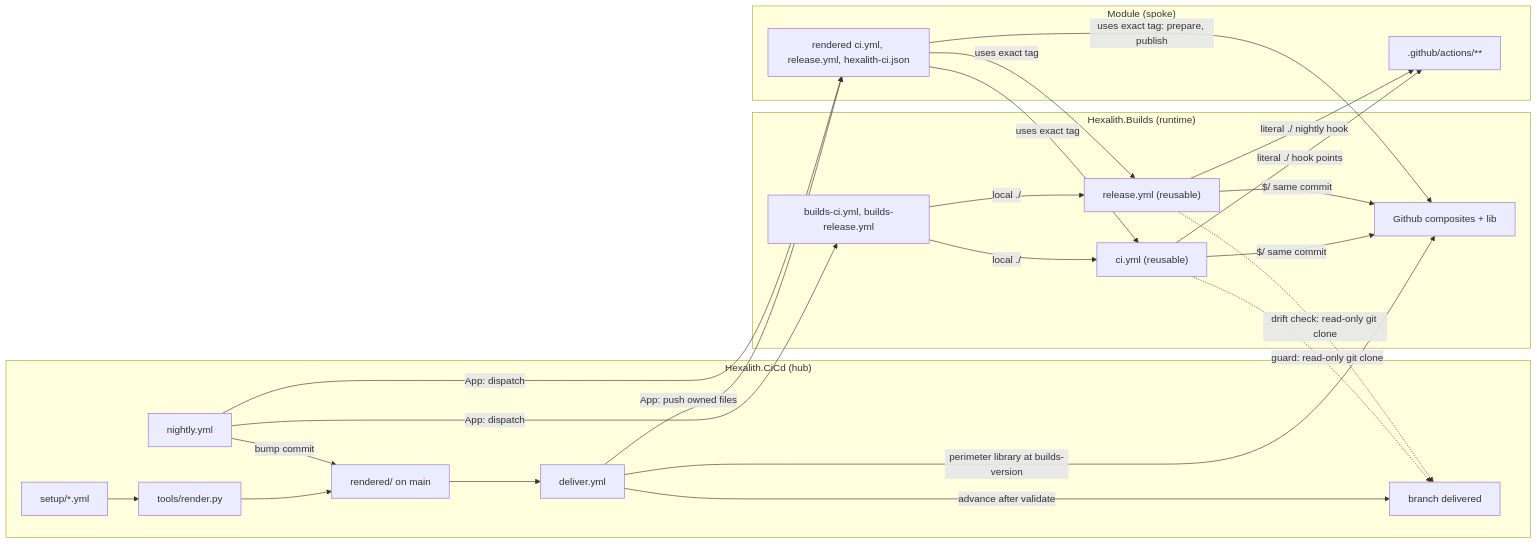
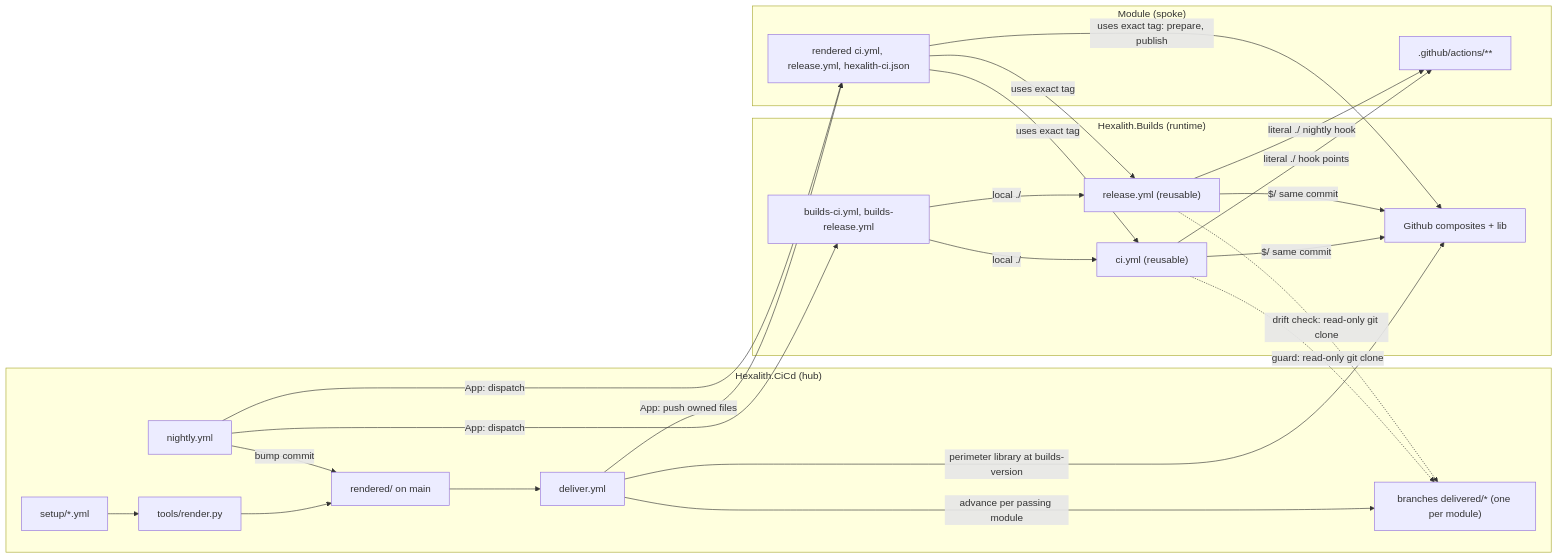
Before and after one commit to Hexalith/Hexalith.CiCd: the first of 3 diagrams in _bmad-output/planning-artifacts/architecture/architecture-cicd-2026-11-07/ARCHITECTURE-SPINE.md, drawn with Mermaid. The commit also changed other lines of this file and 5 other files, not shown here.

````diff
--- a/_bmad-output/planning-artifacts/architecture/architecture-cicd-2026-11-07/ARCHITECTURE-SPINE.md
+++ b/_bmad-output/planning-artifacts/architecture/architecture-cicd-2026-11-07/ARCHITECTURE-SPINE.md
@@ -66,37 +44,37 @@
 ```mermaid
 flowchart LR
   subgraph CICD["Hexalith.CiCd (hub)"]
     SETUP["setup/*.yml"] --> RENDER["tools/render.py"] --> RENDERED["rendered/ on main"]
     DELIVER["deliver.yml"]
-    DELIVERED["branch delivered"]
+    DELIVERED["branches delivered/* (one per module)"]
     NIGHTLY["nightly.yml"]
   end
   subgraph BUILDS["Hexalith.Builds (runtime)"]
     BCI["ci.yml (reusable)"]
     BREL["release.yml (reusable)"]
     COMP["Github composites + lib"]
     BOWN["builds-ci.yml, builds-release.yml"]
   end
   subgraph MOD["Module (spoke)"]
     CALLER["rendered ci.yml, release.yml, hexalith-ci.json"]
     ACT[".github/actions/**"]
   end
   RENDERED --> DELIVER
-  DELIVER -- "advance after validate" --> DELIVERED
+  DELIVER -- "advance per passing module" --> DELIVERED
   DELIVER -- "App: push owned files" --> CALLER
   DELIVER -- "perimeter library at builds-version" --> COMP
   NIGHTLY -- "App: dispatch" --> CALLER
   NIGHTLY -- "App: dispatch" --> BOWN
   NIGHTLY -- "bump commit" --> RENDERED
   CALLER -- "uses exact tag" --> BCI
   CALLER -- "uses exact tag" --> BREL
   CALLER -- "uses exact tag: prepare, publish" --> COMP
   BOWN -- "local ./" --> BCI
   BOWN -- "local ./" --> BREL
   BCI -- "$/ same commit" --> COMP
   BREL -- "$/ same commit" --> COMP
   BCI -- "literal ./ hook points" --> ACT
   BREL -- "literal ./ nightly hook" --> ACT
   BCI -. "guard: read-only git clone" .-> DELIVERED
   BREL -. "drift check: read-only git clone" .-> DELIVERED
 ```
````
